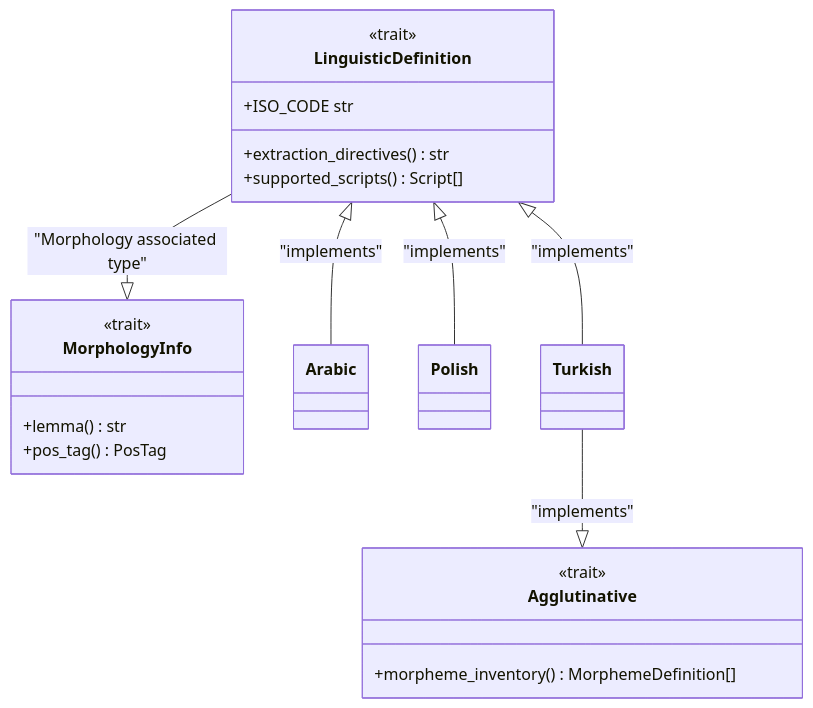
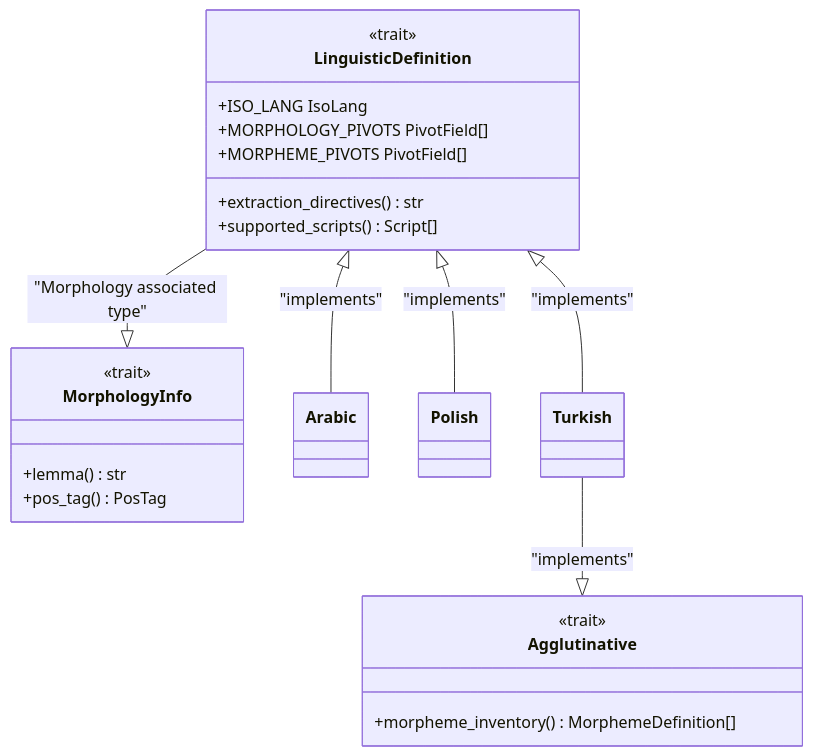
Before and after one commit to yro7/panini: the first of 2 diagrams in docs/languages/index.md, drawn with Mermaid. The commit also changed other lines of this file and 12 other files, not shown here.

````diff
--- a/docs/languages/index.md
+++ b/docs/languages/index.md
@@ -20,24 +21,26 @@
 ```mermaid
 classDiagram
     class LinguisticDefinition {
         <<trait>>
-        +ISO_CODE str
+        +ISO_LANG IsoLang
+        +MORPHOLOGY_PIVOTS PivotField[]
+        +MORPHEME_PIVOTS PivotField[]
         +extraction_directives() str
         +supported_scripts() Script[]
     }
     class MorphologyInfo {
         <<trait>>
         +lemma() str
         +pos_tag() PosTag
     }
     class Agglutinative {
         <<trait>>
         +morpheme_inventory() MorphemeDefinition[]
     }
 
     LinguisticDefinition --|> MorphologyInfo : "Morphology associated type"
     LinguisticDefinition <|-- Arabic : "implements"
     LinguisticDefinition <|-- Polish : "implements"
     LinguisticDefinition <|-- Turkish : "implements"
     Turkish --|> Agglutinative : "implements"
 ```
````
